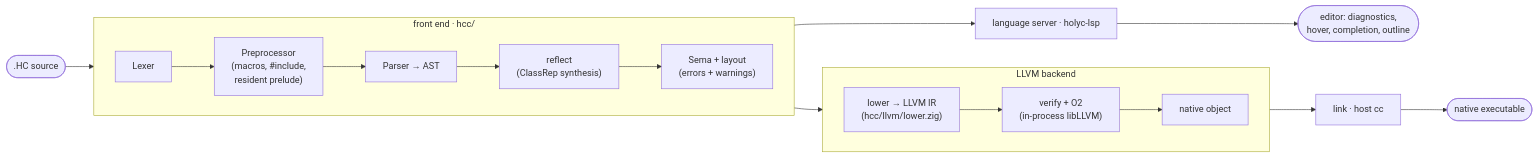
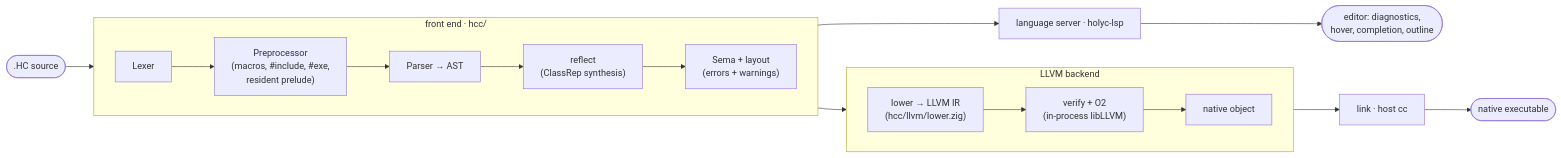
The diagram in README.md (project-solomon/holyc), drawn with Mermaid before and after one commit. The commit also changed other lines of this file and 195 other files, not shown here.

````diff
--- a/README.md
+++ b/README.md
@@ -118,25 +131,25 @@
 ```mermaid
 flowchart LR
   src([".HC source"]) --> fe
 
   subgraph fe [front end · hcc/]
     direction LR
-    lex["Lexer"] --> pp["Preprocessor<br/>(macros, #include,<br/>resident prelude)"]
+    lex["Lexer"] --> pp["Preprocessor<br/>(macros, #include, #exe,<br/>resident prelude)"]
     pp --> parse["Parser → AST"]
     parse --> refl["reflect<br/>(ClassRep synthesis)"]
     refl --> sema["Sema + layout<br/>(errors + warnings)"]
   end
 
   sema --> lsp["language server · holyc-lsp"]
   lsp --> editor([editor: diagnostics,<br/>hover, completion, outline])
 
   subgraph be [LLVM backend]
     direction LR
     low["lower → LLVM IR<br/>(hcc/llvm/lower.zig)"] --> opt["verify + O2<br/>(in-process libLLVM)"]
     opt --> objw["native object"]
   end
 
   sema --> low
   objw --> ld["link · host cc"]
   ld --> exe([native executable])
 ```
````
